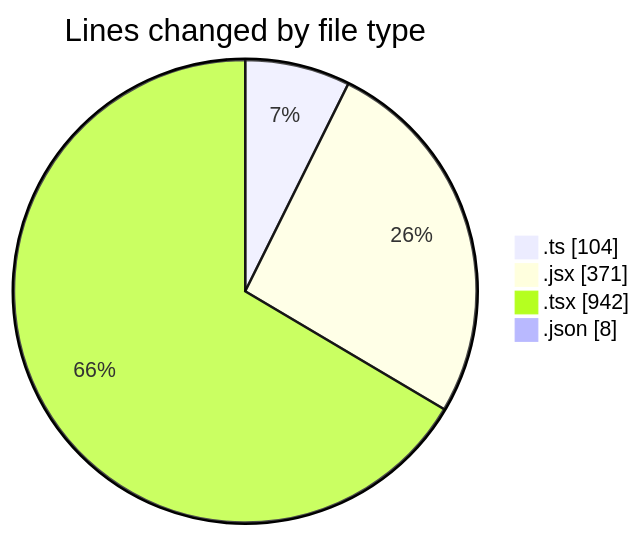
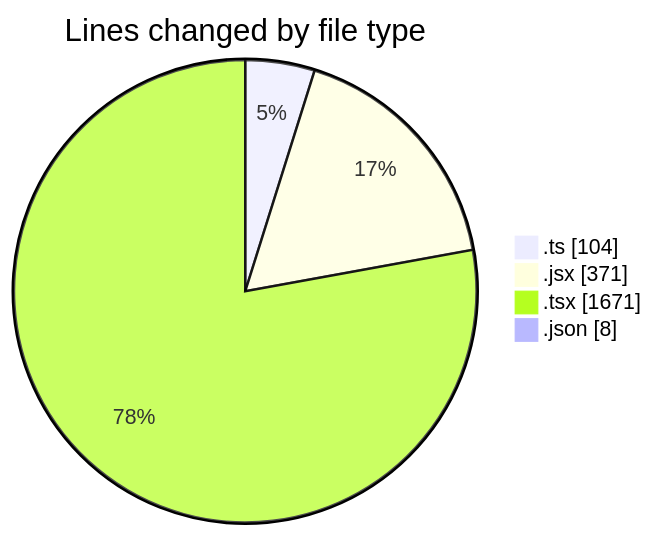
One commit to robertbonfada/code-tracking changed the first of 2 diagrams in 2025-02-08/termonied-web/README.md. Above: the diagram before and after it, drawn with Mermaid. The commit also changed other lines of this file and 1 other file, not shown here.

````diff
--- a/2025-02-08/termonied-web/README.md
+++ b/2025-02-08/termonied-web/README.md
@@ -29,8 +32,8 @@
 ```mermaid
 pie showData
 title Lines changed by file type
 ".ts" : 104
 ".jsx" : 371
-".tsx" : 942
+".tsx" : 1671
 ".json" : 8
 ```
````
